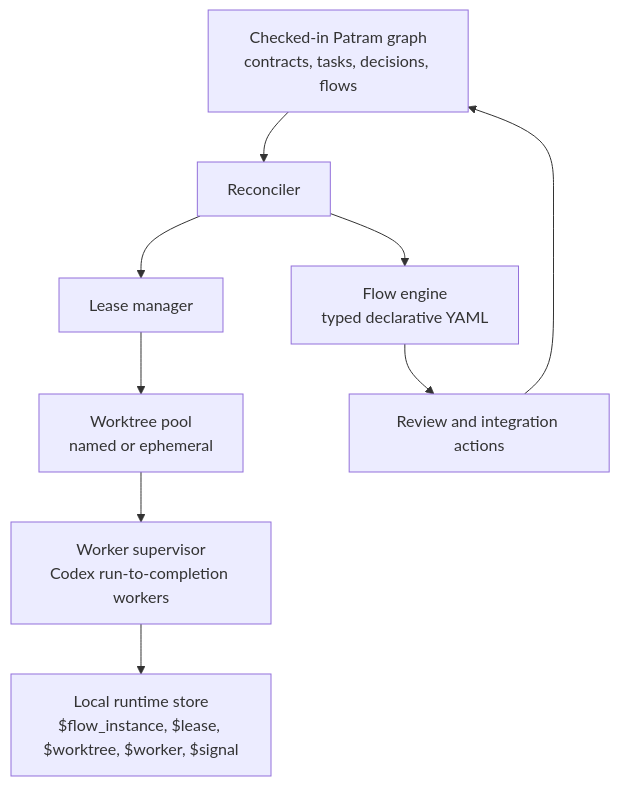
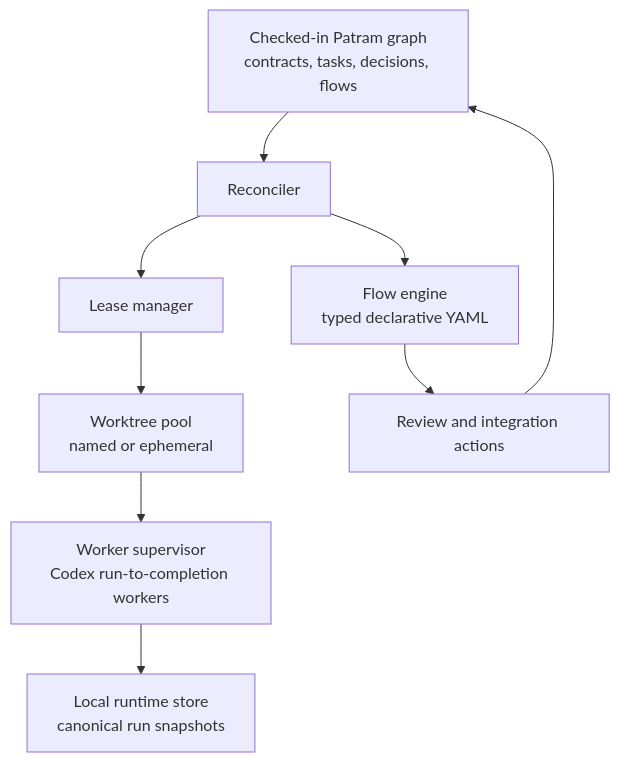
The first of 2 diagrams in docs/reference/runtime/pravaha-runtime-architecture.md (mantoni/pravaha), drawn with Mermaid before and after one commit. The commit also changed other lines of this file and 12 other files, not shown here.

````diff
--- a/docs/reference/runtime/pravaha-runtime-architecture.md
+++ b/docs/reference/runtime/pravaha-runtime-architecture.md
@@ -21,11 +21,11 @@
 ```mermaid
 graph TD
   A["Checked-in Patram graph<br/>contracts, tasks, decisions, flows"] --> B["Reconciler"]
   B --> C["Flow engine<br/>typed declarative YAML"]
   B --> D["Lease manager"]
   D --> E["Worktree pool<br/>named or ephemeral"]
   E --> F["Worker supervisor<br/>Codex run-to-completion workers"]
-  F --> G["Local runtime store<br/>$flow_instance, $lease, $worktree, $worker, $signal"]
+  F --> G["Local runtime store<br/>canonical run snapshots"]
   C --> H["Review and integration actions"]
   H --> A
 ```
````
